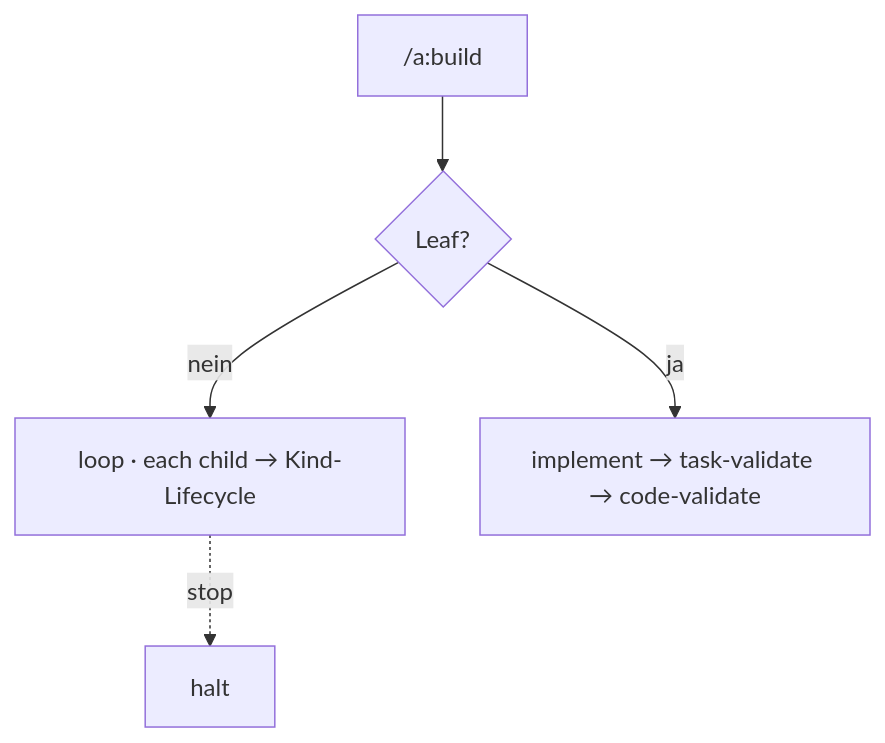
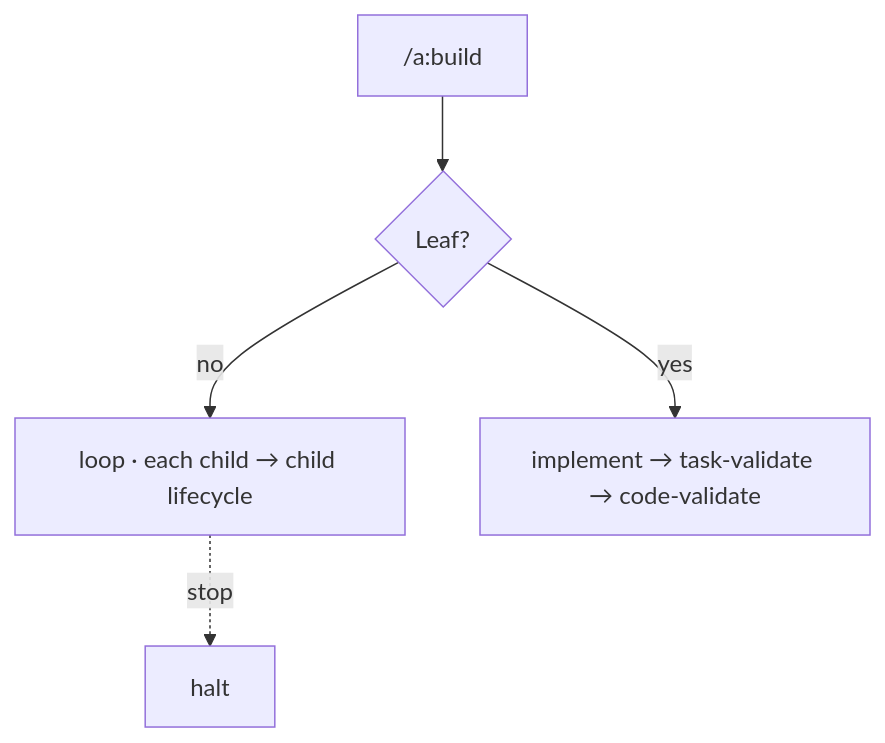
One commit to chafoo/anchored changed the diagram in docs/plugin/skills/build.md. Above: the diagram before and after it, drawn with Mermaid. The commit also changed other lines of this file and 131 other files, not shown here.

````diff
--- a/docs/plugin/skills/build.md
+++ b/docs/plugin/skills/build.md
@@ -16,7 +16,7 @@
 ```mermaid
 flowchart TB
     b["/a:build <slug>"] --> k{"Leaf?"}
-    k -->|nein| loop["loop · each child → Kind-Lifecycle"]
-    k -->|ja| impl["implement → task-validate → code-validate"]
+    k -->|no| loop["loop · each child → child lifecycle"]
+    k -->|yes| impl["implement → task-validate → code-validate"]
     loop -. "stop" .-> halt["halt"]
 ```
````
